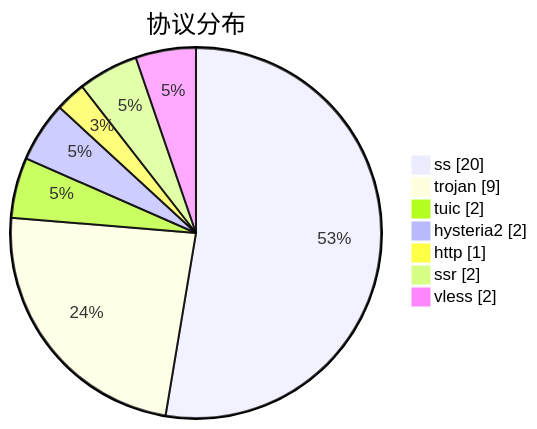
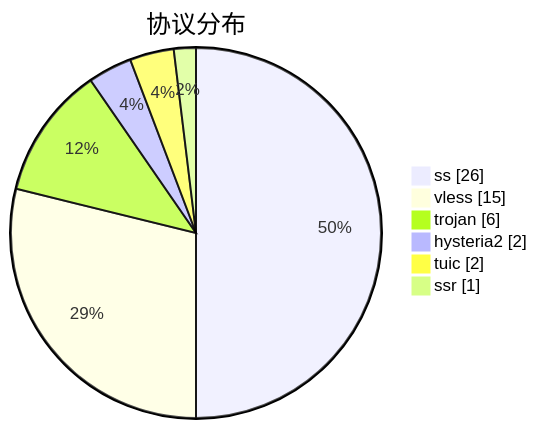
The third of 3 diagrams in subs/statistics/tested_within.md (qjlxg/airport), drawn with Mermaid before and after one commit. The commit also changed other lines of this file and 2 other files, not shown here.

````diff
--- a/subs/statistics/tested_within.md
+++ b/subs/statistics/tested_within.md
@@ -21,11 +25,10 @@
 ```mermaid
 pie showData
 title 协议分布
-"ss" : 20
-"trojan" : 9
+"ss" : 26
+"vless" : 15
+"trojan" : 6
+"hysteria2" : 2
 "tuic" : 2
-"hysteria2" : 2
-"http" : 1
-"ssr" : 2
-"vless" : 2
+"ssr" : 1
 ```
````
